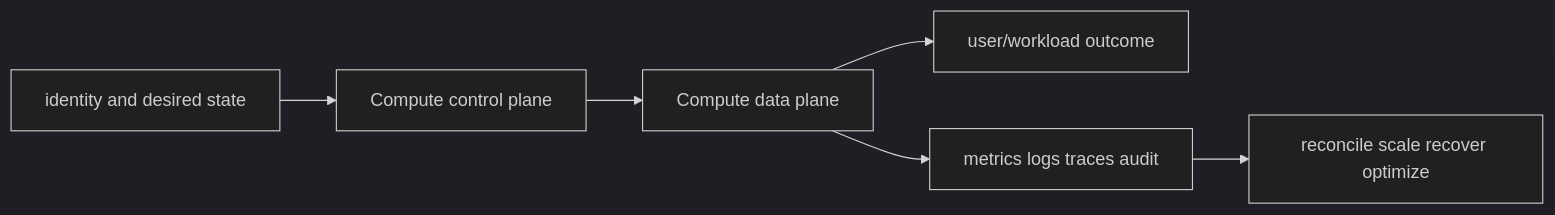
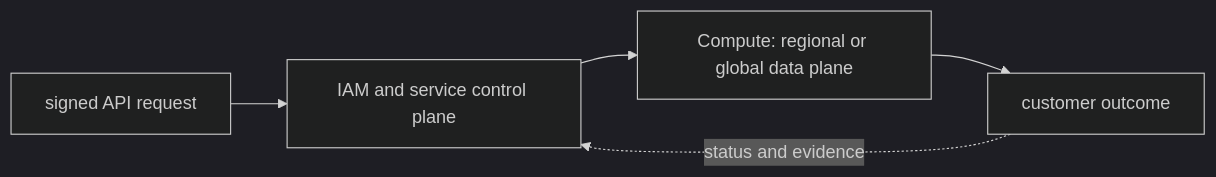
One commit to tomkidumbuyo/DevOps-interview-preparation changed the second of 2 diagrams in 07-aws/03-compute/README.md. Above: the diagram before and after it, drawn with Mermaid (dark theme). The commit also changed other lines of this file and 753 other files, not shown here.

````diff
--- a/07-aws/03-compute/README.md
+++ b/07-aws/03-compute/README.md
@@ -38,8 +49,7 @@
 ```mermaid
 flowchart LR
-  I[identity and desired state] --> C[Compute control plane]
-  C --> D[Compute data plane]
-  D --> U[user/workload outcome]
-  D --> O[metrics logs traces audit]
-  O --> R[reconcile scale recover optimize]
+  A["signed API request"] --> B["IAM and service control plane"]
+  B --> C["Compute: regional or global data plane"]
+  C --> D["customer outcome"]
+  D -. "status and evidence" .-> B
 ```
````
